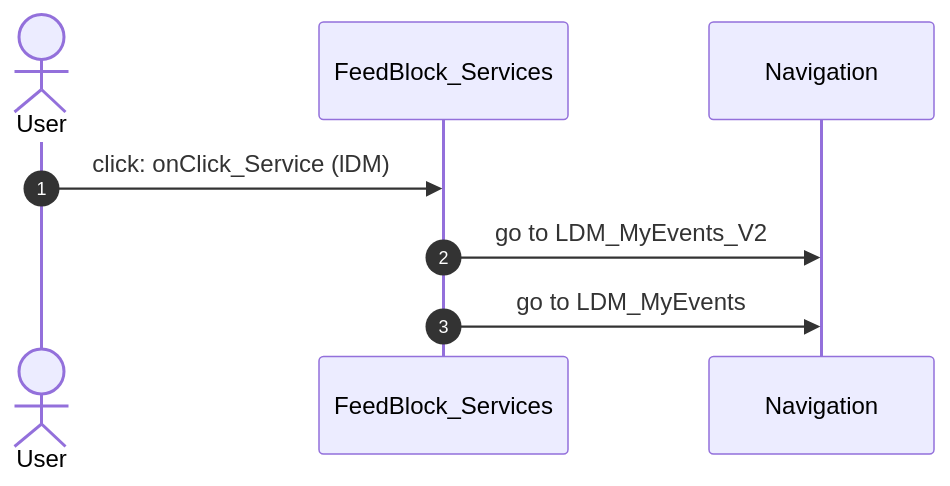
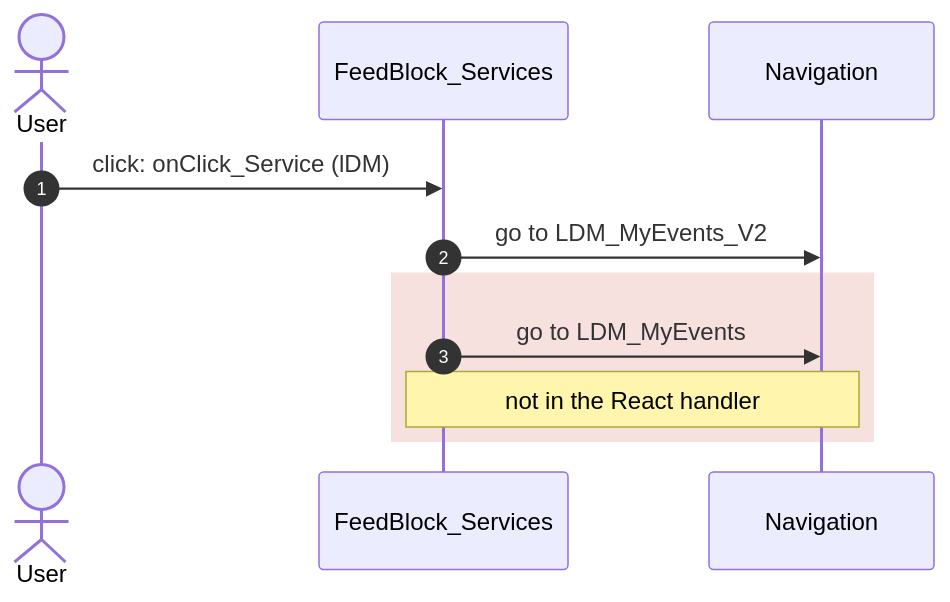
One commit to Phoenix-DX/connect-new-ui changed diagram 26 of 47 in migration/route-actions/HomeFeed.md. Above: the diagram before and after it, drawn with Mermaid. The commit also changed other lines of this file and 90 other files, not shown here.

Commit message:
route actions: React sequence diagram per user action next to OutSystems, differences in red; React handlers read branch by branch and matched by comment, name and block; white SVG background; all SVGs of a file in one browser (HomeFeed 67 s to 14 s)

````diff
--- a/migration/route-actions/HomeFeed.md
+++ b/migration/route-actions/HomeFeed.md
@@ -420,10 +709,13 @@
 ```mermaid
 sequenceDiagram
   autonumber
   actor U as User
   participant B as FeedBlock_Services
   participant N as Navigation
   U->>B: click: onClick_Service (lDM)
   B->>N: go to LDM_MyEvents_V2
+  rect rgba(192, 57, 43, 0.15)
   B->>N: go to LDM_MyEvents
+  Note over B,N: not in the React handler
+  end
 ```
````
